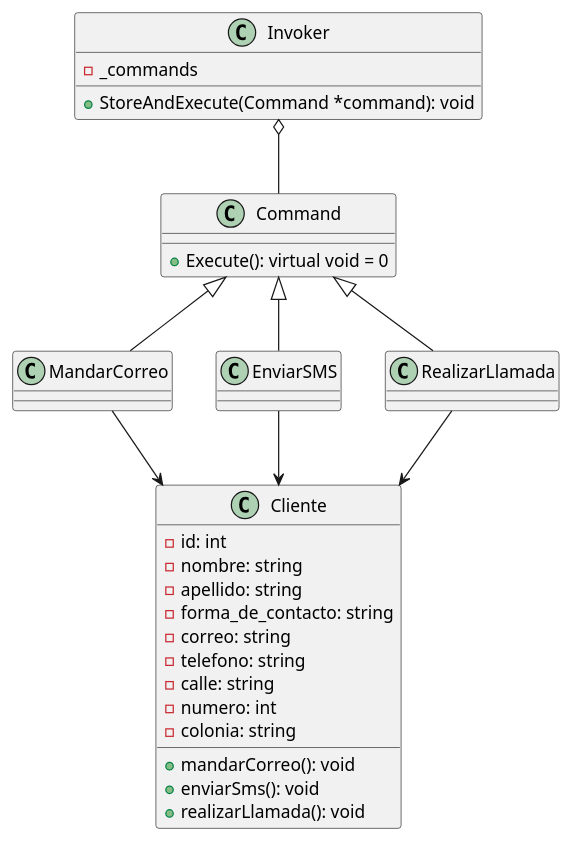
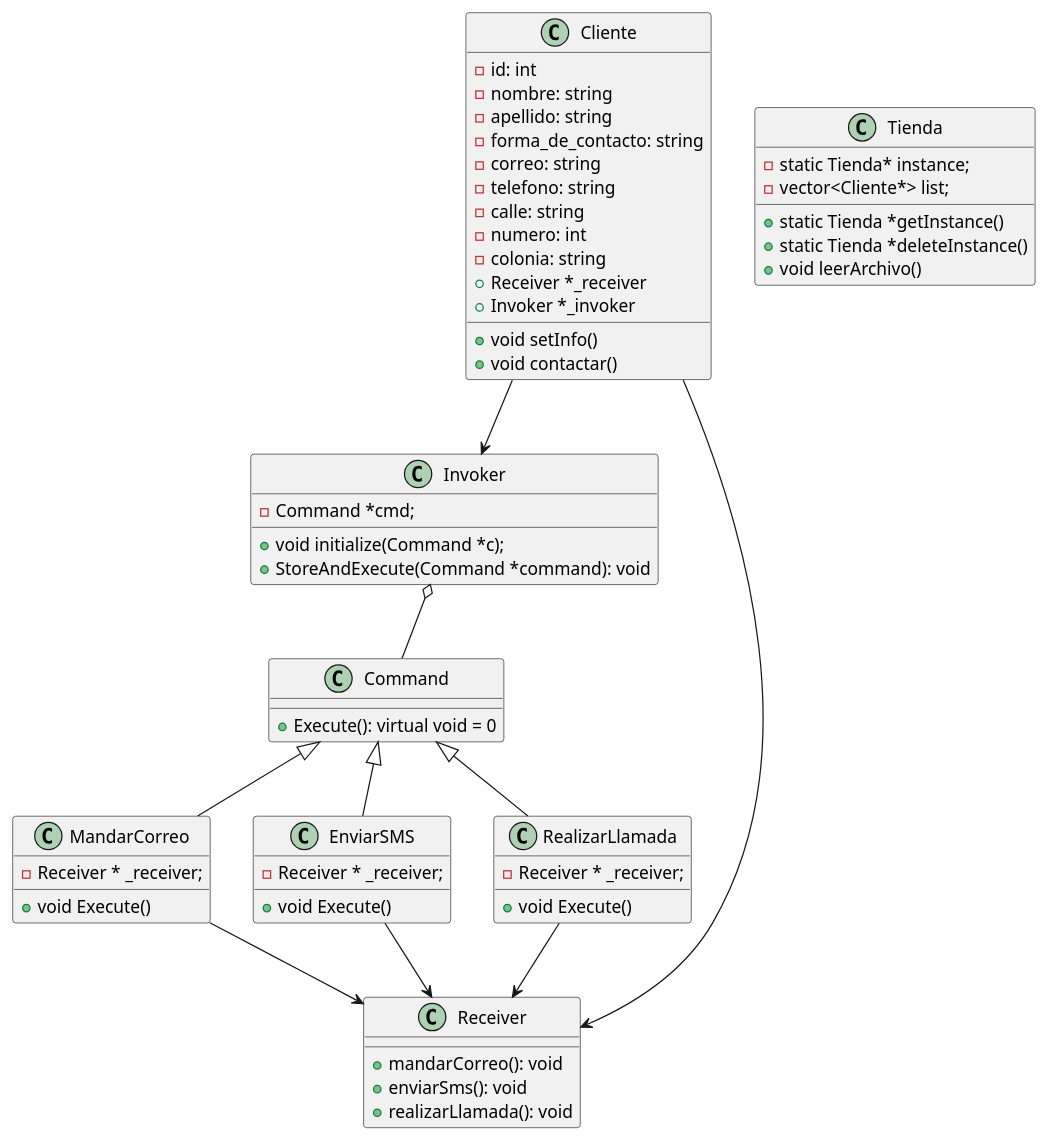
Before and after one commit to eugenioLeal/A01022983_AyMSS2018: the diagram in Evaluaciones/E1.1.Eval1/clases.puml, drawn with PlantUML. The commit also changed 2 other files, not shown here.

Commit message:
Arregle diagrama clases y otras cosas nota: varias entregas

```diff
--- a/Evaluaciones/E1.1.Eval1/clases.puml
+++ b/Evaluaciones/E1.1.Eval1/clases.puml
@@ -1,43 +1,65 @@
 @startuml
 class Command {
   +Execute(): virtual void = 0
 }
 class Invoker {
-  -_commands
+  -Command *cmd;
+  +void initialize(Command *c);
   +StoreAndExecute(Command *command): void
+}
+class Receiver {
+  +mandarCorreo(): void
+  +enviarSms(): void
+  +realizarLlamada(): void
 }
 class Cliente {
   -id: int
   -nombre: string
   -apellido: string
   -forma_de_contacto: string
   -correo: string
   -telefono: string
   -calle: string
   -numero: int
   -colonia: string
-  +mandarCorreo(): void
-  +enviarSms(): void
-  +realizarLlamada(): void
+  +void setInfo()
+  +void contactar()
+  +Receiver *_receiver
+  +Invoker *_invoker
+}
+
+class Tienda {
+-static Tienda* instance;
+-vector<Cliente*> list;
++static Tienda *getInstance()
++static Tienda *deleteInstance()
++void leerArchivo()
 }
 
 class MandarCorreo {
-
+-Receiver * _receiver;
++void Execute()
 }
 class EnviarSMS {
+-Receiver * _receiver;
++void Execute()
 
 }
 class RealizarLlamada {
+-Receiver * _receiver;
++void Execute()
 
 }
 
 Invoker o-- Command
 Command ^-- MandarCorreo
 Command ^-- EnviarSMS
 Command ^-- RealizarLlamada
 
-MandarCorreo --> Cliente
-EnviarSMS --> Cliente
-RealizarLlamada --> Cliente
+MandarCorreo --> Receiver
+EnviarSMS --> Receiver
+RealizarLlamada --> Receiver
 
+Cliente --> Receiver
+Cliente --> Invoker
 @enduml
```
